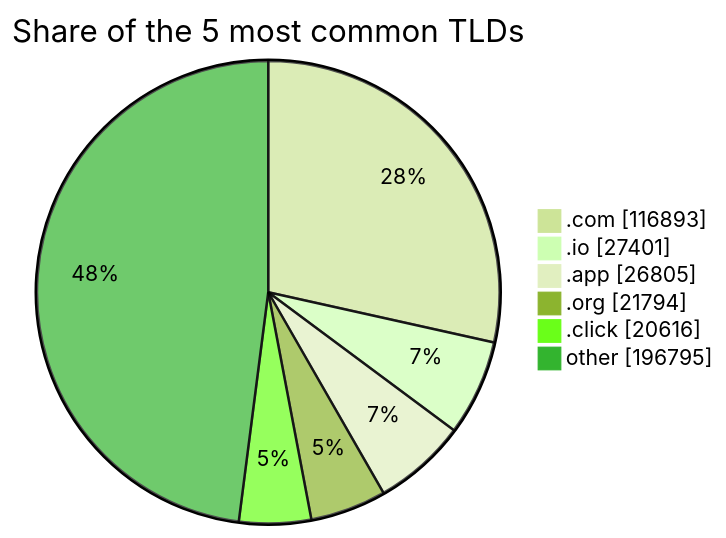
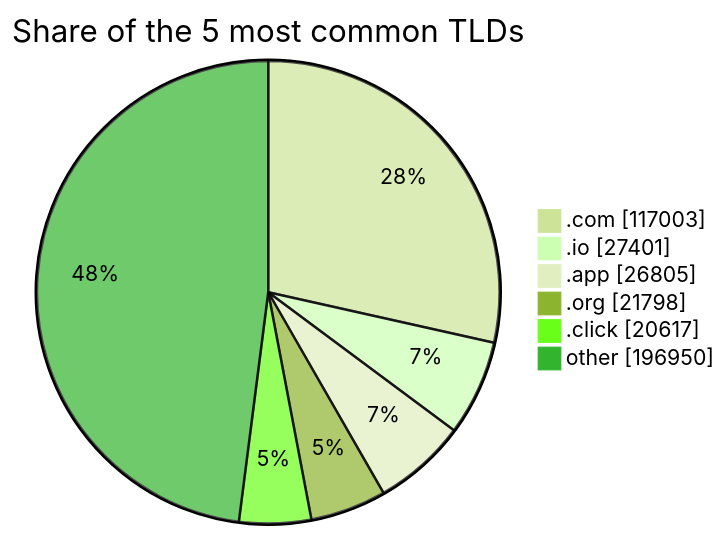
Before and after one commit to DNSBunker/CTI: the third of 3 diagrams in README.md, drawn with Mermaid (forest theme). The commit also changed other lines of this file and 3 other files, not shown here.

````diff
--- a/README.md
+++ b/README.md
@@ -81,9 +81,9 @@
 ```mermaid
 pie showData title Share of the 5 most common TLDs
-    ".com" : 116893
+    ".com" : 117003
     ".io" : 27401
     ".app" : 26805
-    ".org" : 21794
-    ".click" : 20616
-    "other" : 196795
+    ".org" : 21798
+    ".click" : 20617
+    "other" : 196950
 ```
````
